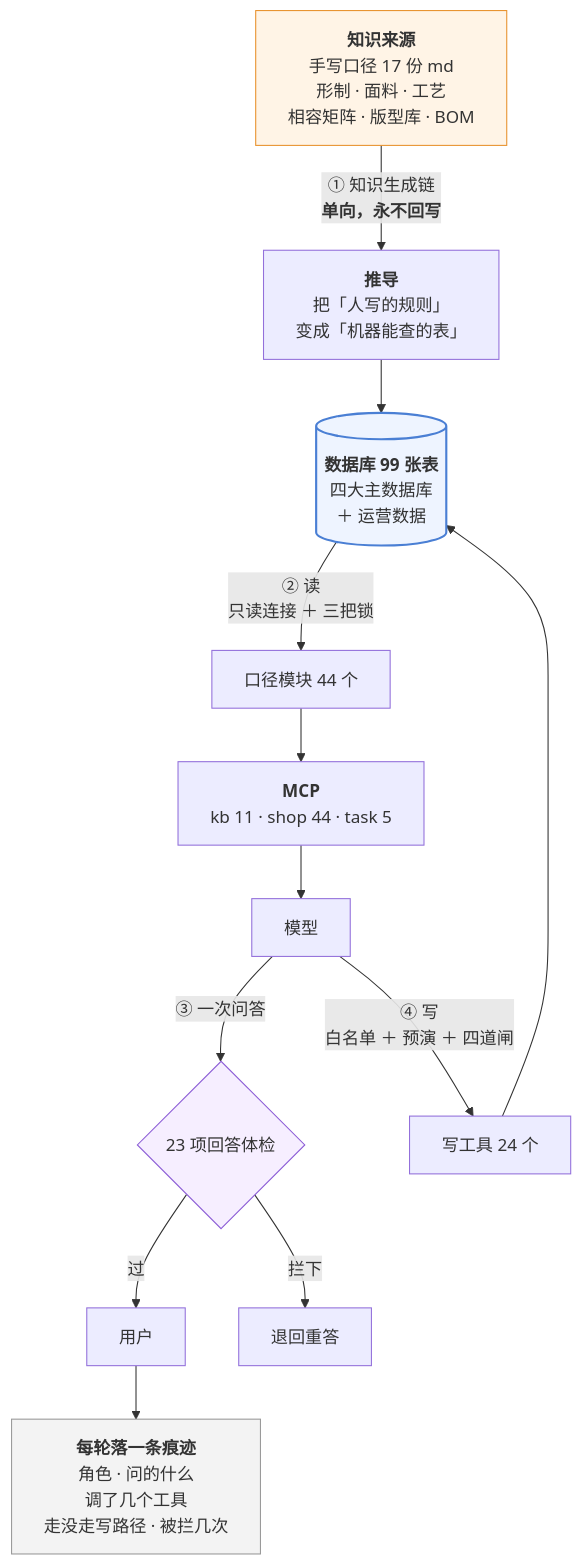
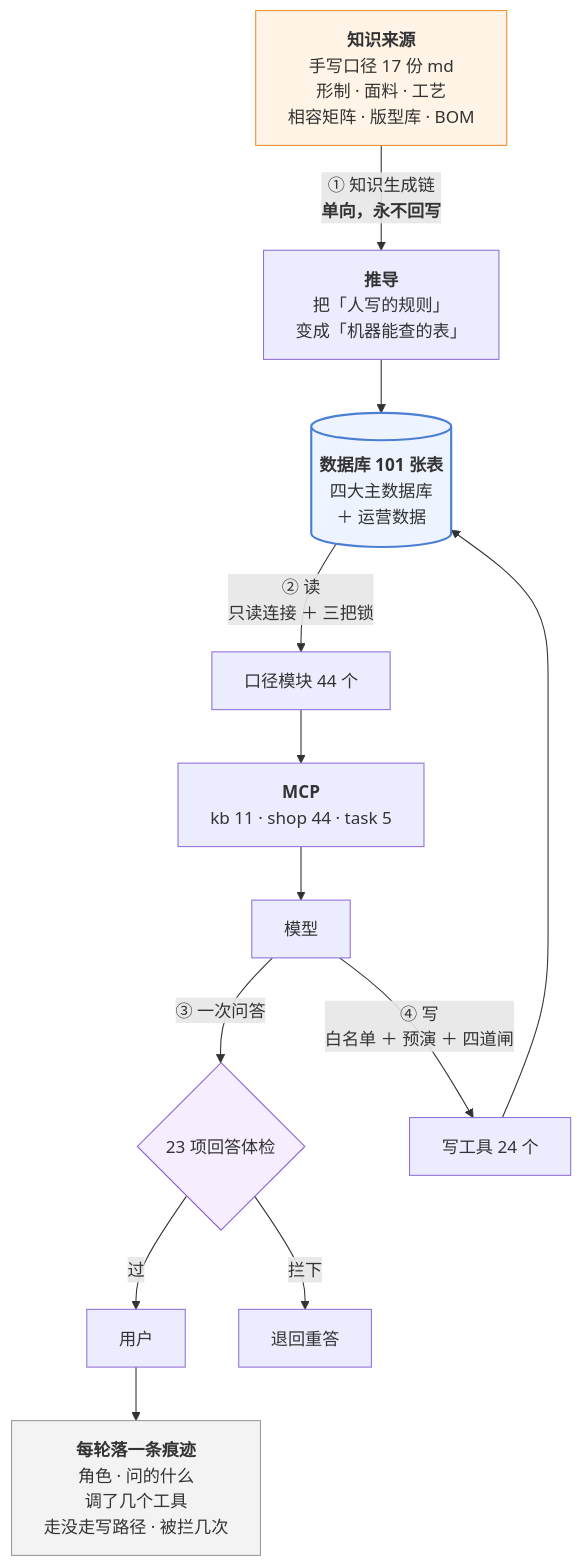
Before and after one commit to 843773296-rgb/lanxiu-yunshang-agent: the third of 3 diagrams in 澜绣云裳agent-产品说明.md, drawn with Mermaid. The commit also changed other lines of this file and 18 other files, not shown here.

````diff
--- a/澜绣云裳agent-产品说明.md
+++ b/澜绣云裳agent-产品说明.md
@@ -867,24 +867,24 @@
 ```mermaid
 flowchart TD
     MD["<b>知识来源</b><br/>手写口径 17 份 md<br/>形制 · 面料 · 工艺<br/>相容矩阵 · 版型库 · BOM"]
     MD -->|"① 知识生成链<br/><b>单向，永不回写</b>"| DV["<b>推导</b><br/>把「人写的规则」<br/>变成「机器能查的表」"]
-    DV --> DB[("<b>数据库 99 张表</b><br/>四大主数据库<br/>＋ 运营数据")]
+    DV --> DB[("<b>数据库 101 张表</b><br/>四大主数据库<br/>＋ 运营数据")]
 
     DB -->|"② 读<br/>只读连接 ＋ 三把锁"| KJ["口径模块 44 个"]
     KJ --> MCP["<b>MCP</b><br/>kb 11 · shop 44 · task 5"]
     MCP --> LLM["模型"]
 
     LLM -->|"③ 一次问答"| GD{"23 项回答体检"}
     GD -- 过 --> U["用户"]
     GD -- 拦下 --> RE["退回重答"]
 
     LLM -->|"④ 写<br/>白名单 ＋ 预演 ＋ 四道闸"| W["写工具 24 个"]
     W --> DB
 
     U --> TR["<b>每轮落一条痕迹</b><br/>角色 · 问的什么<br/>调了几个工具<br/>走没走写路径 · 被拦几次"]
 
     style MD fill:#fff4e6,stroke:#e8912d
     style DB fill:#eef4ff,stroke:#4a7fd4,stroke-width:2px
     style GD fill:#f6eeff,stroke:#8b5cd6
     style TR fill:#f3f3f3,stroke:#999
 ```
````
